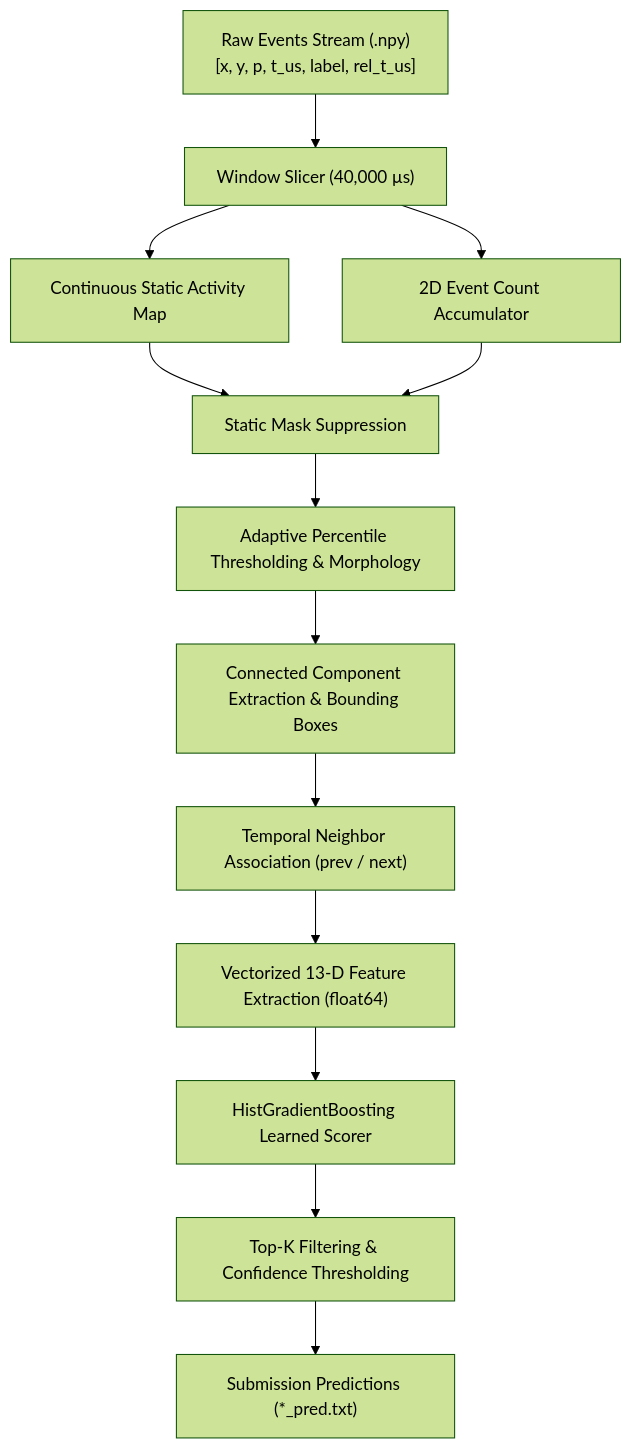
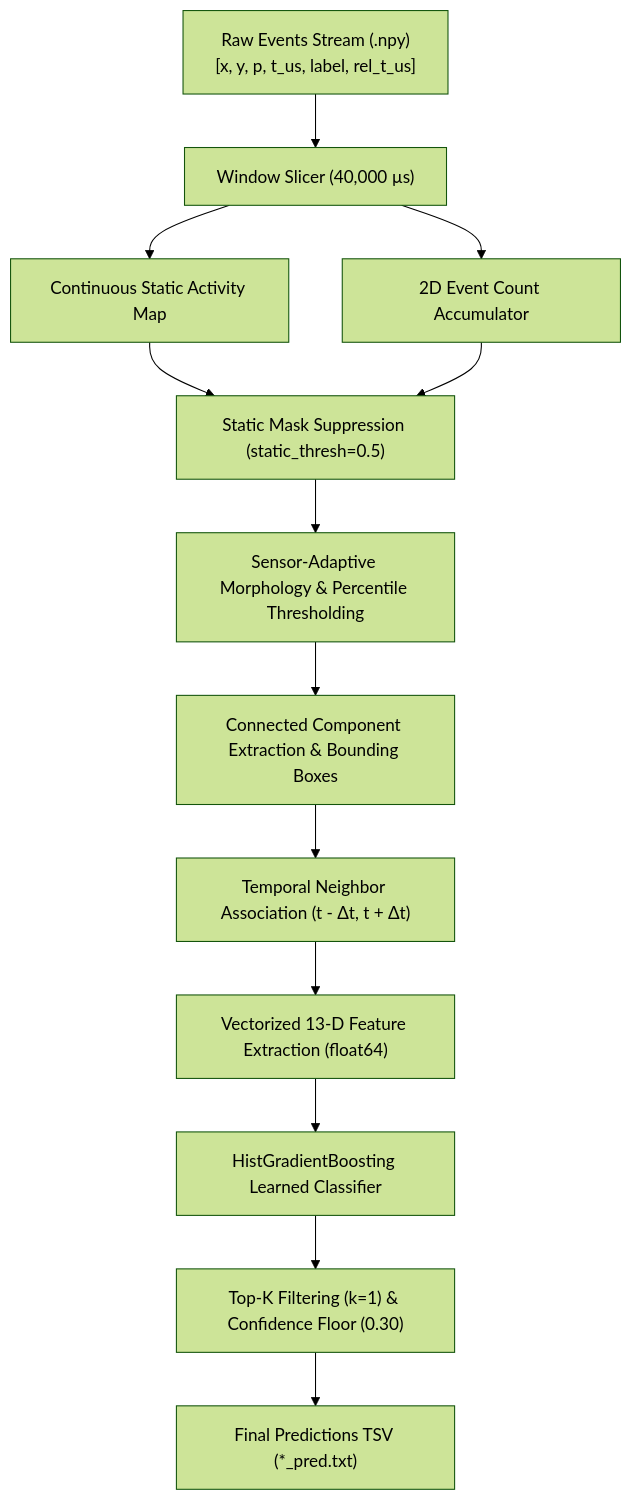
The diagram in README.md (swarajladke/OrbitSight), drawn with Mermaid (forest theme) before and after one commit. The commit also changed other lines of this file, not shown here.

````diff
--- a/README.md
+++ b/README.md
@@ -47,15 +103,15 @@
 ```mermaid
 flowchart TD
     A["Raw Events Stream (.npy)<br/>[x, y, p, t_us, label, rel_t_us]"] --> B["Window Slicer (40,000 µs)"]
     B --> C["Continuous Static Activity Map"]
-    C --> D["Static Mask Suppression"]
+    C --> D["Static Mask Suppression (static_thresh=0.5)"]
     B --> E["2D Event Count Accumulator"]
     E --> D
-    D --> F["Adaptive Percentile Thresholding & Morphology"]
+    D --> F["Sensor-Adaptive Morphology & Percentile Thresholding"]
     F --> G["Connected Component Extraction & Bounding Boxes"]
-    G --> H["Temporal Neighbor Association (prev / next)"]
+    G --> H["Temporal Neighbor Association (t - Δt, t + Δt)"]
     H --> I["Vectorized 13-D Feature Extraction (float64)"]
-    I --> J["HistGradientBoosting Learned Scorer"]
-    J --> K["Top-K Filtering & Confidence Thresholding"]
-    K --> L["Submission Predictions (*_pred.txt)"]
+    I --> J["HistGradientBoosting Learned Classifier"]
+    J --> K["Top-K Filtering (k=1) & Confidence Floor (0.30)"]
+    K --> L["Final Predictions TSV (*_pred.txt)"]
 ```
````
